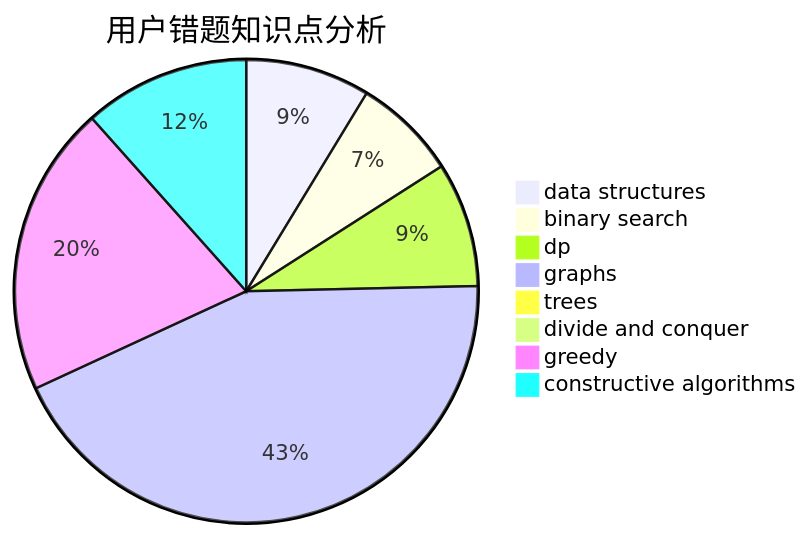
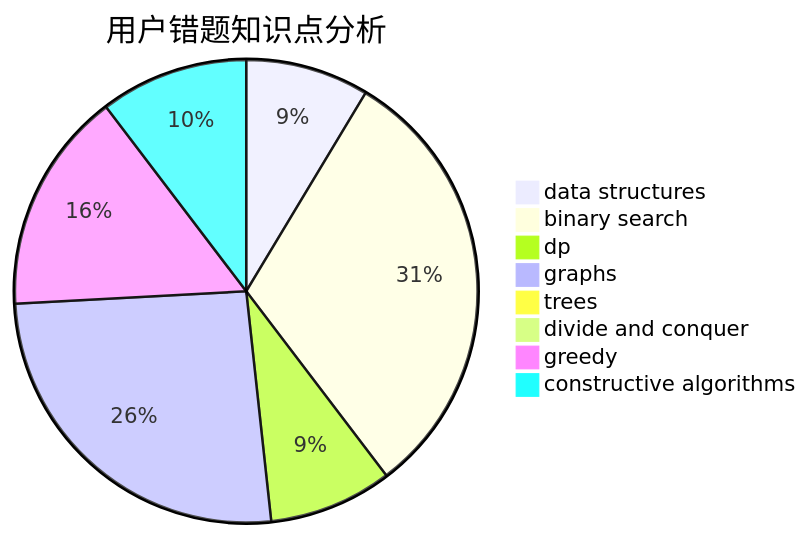
The third of 3 diagrams in docs/user/u647.md (sherpahu/cfrs.github.io), drawn with Mermaid before and after one commit. The commit also changed other lines of this file and 2770 other files, not shown here.

````diff
--- a/docs/user/u647.md
+++ b/docs/user/u647.md
@@ -36,11 +36,11 @@
 ```mermaid
 pie title 用户错题知识点分析
-    "data structures" :  6
-    "binary search" :  5
-    "dp" :  6
+    "data structures" :  10
+    "binary search" :  36
+    "dp" :  10
     "graphs" :  30
     "trees" :  0
     "divide and conquer" :  0
-    "greedy" :  14
-    "constructive algorithms" :  8
+    "greedy" :  18
+    "constructive algorithms" :  12
 ```
````
